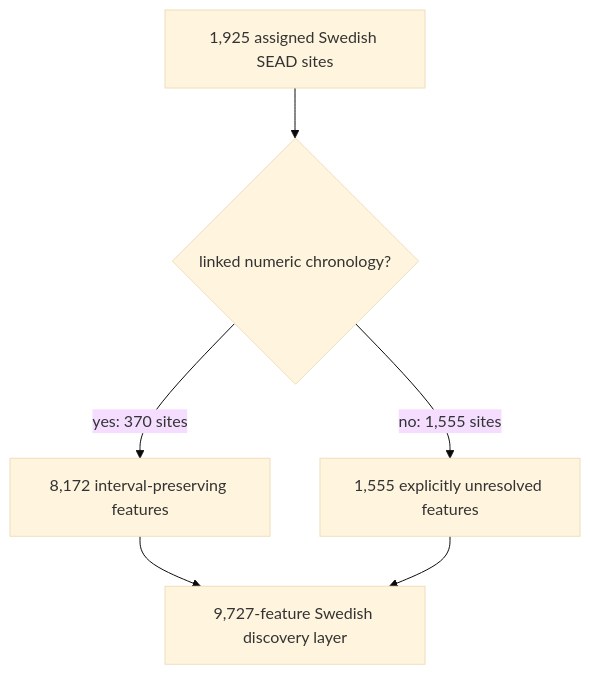
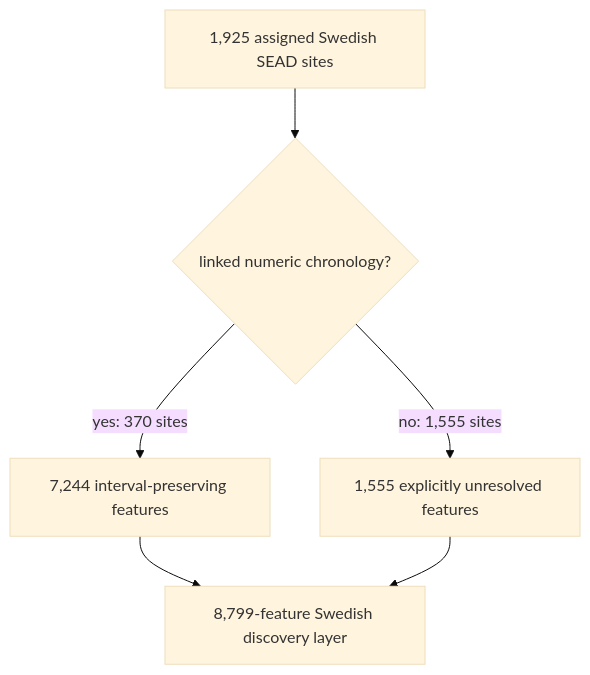
Before and after one commit to bijux/bijux-pollenomics: the first of 2 diagrams in docs/public/pollenomics-data/publications/archaeology-site-discovery.md, drawn with Mermaid (base theme). The commit also changed other lines of this file and 11 other files, not shown here.

````diff
--- a/docs/public/pollenomics-data/publications/archaeology-site-discovery.md
+++ b/docs/public/pollenomics-data/publications/archaeology-site-discovery.md
@@ -41,8 +41,8 @@
 ```mermaid
 flowchart TD
     Sweden["1,925 assigned Swedish SEAD sites"] --> Time{"linked numeric chronology?"}
-    Time -->|yes: 370 sites| Intervals["8,172 interval-preserving features"]
+    Time -->|yes: 370 sites| Intervals["7,244 interval-preserving features"]
     Time -->|no: 1,555 sites| Unresolved["1,555 explicitly unresolved features"]
-    Intervals --> Atlas["9,727-feature Swedish discovery layer"]
+    Intervals --> Atlas["8,799-feature Swedish discovery layer"]
     Unresolved --> Atlas
 ```
````
